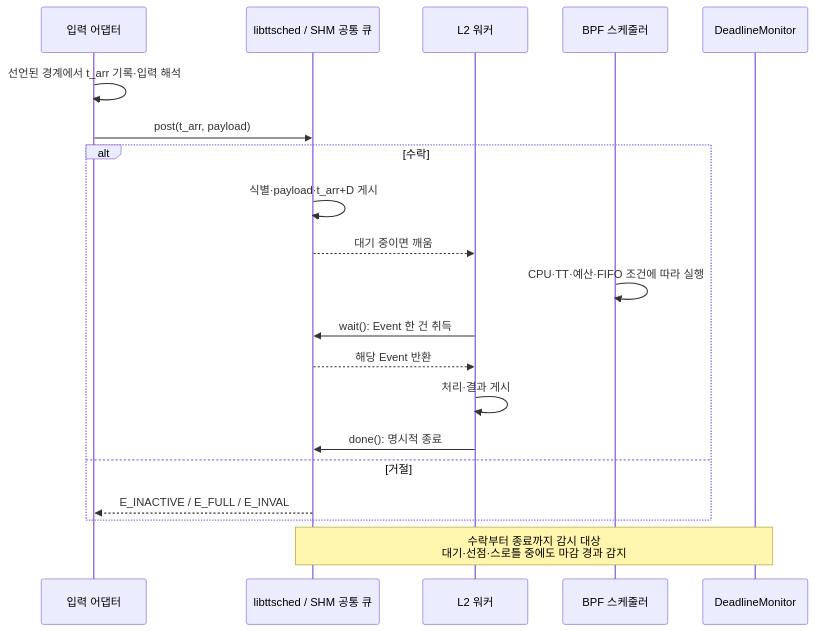
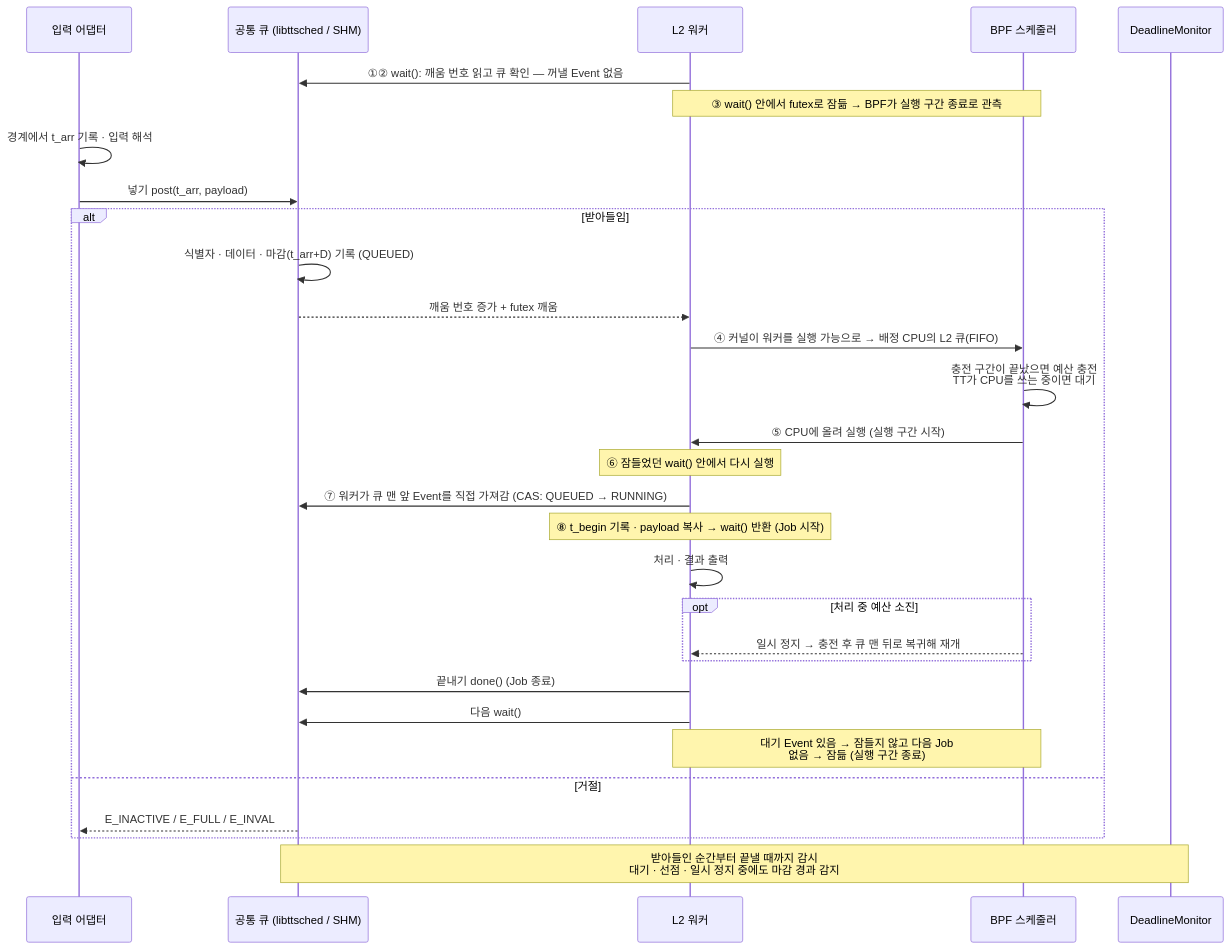
One commit to akshayg0314/timpani26 changed the second of 2 diagrams in doc/design/kor/OVERVIEW-008-event-driven-workload-support.md. Above: the diagram before and after it, drawn with Mermaid. The commit also changed other lines of this file and 2 other files, not shown here.

First line of the commit message:
docs(design): refine event-job guide [#53]

````diff
--- a/doc/design/kor/OVERVIEW-008-event-driven-workload-support.md
+++ b/doc/design/kor/OVERVIEW-008-event-driven-workload-support.md
@@ -136,22 +242,32 @@
 ```mermaid
 sequenceDiagram
     participant A as 입력 어댑터
-    participant Q as libttsched / SHM 공통 큐
+    participant Q as 공통 큐 (libttsched / SHM)
     participant W as L2 워커
     participant B as BPF 스케줄러
     participant N as DeadlineMonitor
-    A->>A: 선언된 경계에서 t_arr 기록·입력 해석
-    A->>Q: post(t_arr, payload)
-    alt 수락
-        Q->>Q: 식별·payload·t_arr+D 게시
-        Q-->>W: 대기 중이면 깨움
-        B->>B: CPU·TT·예산·FIFO 조건에 따라 실행
-        W->>Q: wait(): Event 한 건 취득
-        Q-->>W: 해당 Event 반환
-        W->>W: 처리·결과 게시
-        W->>Q: done(): 명시적 종료
+    W->>Q: ①② wait(): 깨움 번호 읽고 큐 확인 — 꺼낼 Event 없음
+    Note over W,B: ③ wait() 안에서 futex로 잠듦 → BPF가 실행 구간 종료로 관측
+    A->>A: 경계에서 t_arr 기록 · 입력 해석
+    A->>Q: 넣기 post(t_arr, payload)
+    alt 받아들임
+        Q->>Q: 식별자 · 데이터 · 마감(t_arr+D) 기록 (QUEUED)
+        Q-->>W: 깨움 번호 증가 + futex 깨움
+        W->>B: ④ 커널이 워커를 실행 가능으로 → 배정 CPU의 L2 큐(FIFO)
+        B->>B: 충전 구간이 끝났으면 예산 충전<br/>TT가 CPU를 쓰는 중이면 대기
+        B->>W: ⑤ CPU에 올려 실행 (실행 구간 시작)
+        Note over W: ⑥ 잠들었던 wait() 안에서 다시 실행
+        W->>Q: ⑦ 워커가 큐 맨 앞 Event를 직접 가져감 (CAS: QUEUED → RUNNING)
+        Note over W: ⑧ t_begin 기록 · payload 복사 → wait() 반환 (Job 시작)
+        W->>W: 처리 · 결과 출력
+        opt 처리 중 예산 소진
+            B-->>W: 일시 정지 → 충전 후 큐 맨 뒤로 복귀해 재개
+        end
+        W->>Q: 끝내기 done() (Job 종료)
+        W->>Q: 다음 wait()
+        Note over W,B: 대기 Event 있음 → 잠들지 않고 다음 Job<br/>없음 → 잠듦 (실행 구간 종료)
     else 거절
         Q-->>A: E_INACTIVE / E_FULL / E_INVAL
     end
-    Note over Q,N: 수락부터 종료까지 감시 대상<br/>대기·선점·스로틀 중에도 마감 경과 감지
+    Note over Q,N: 받아들인 순간부터 끝낼 때까지 감시<br/>대기 · 선점 · 일시 정지 중에도 마감 경과 감지
 ```
````
